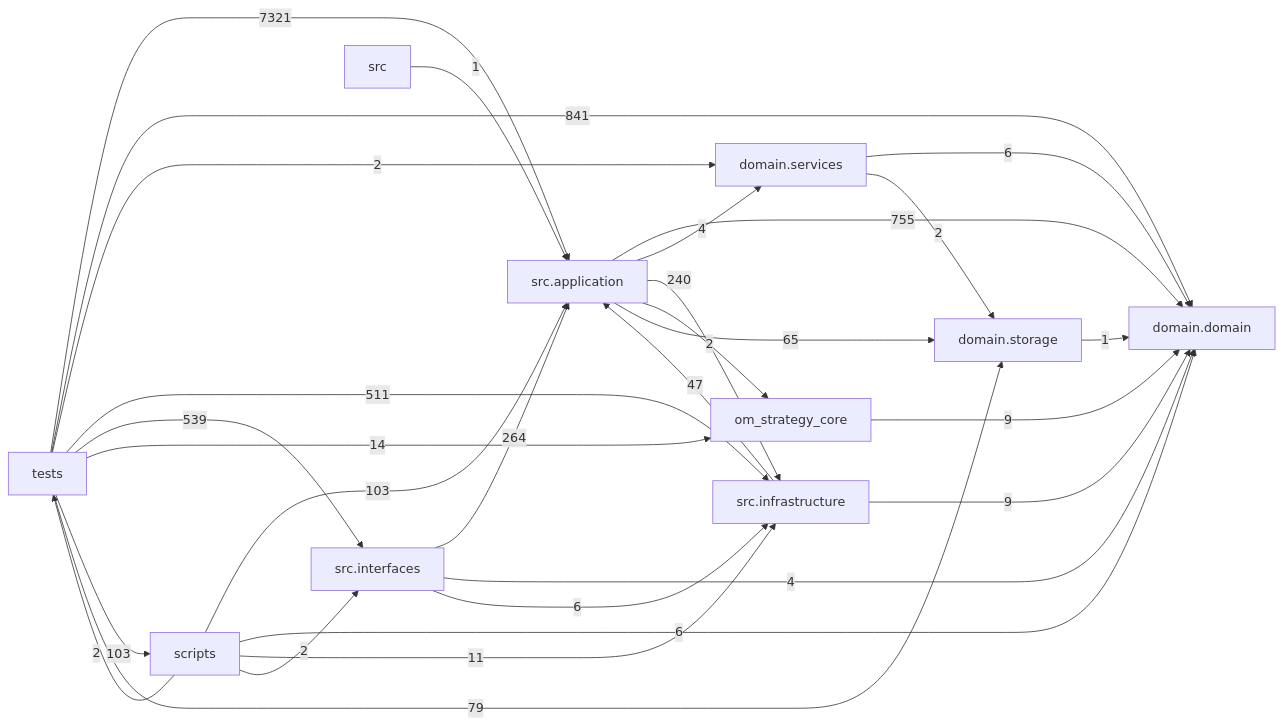
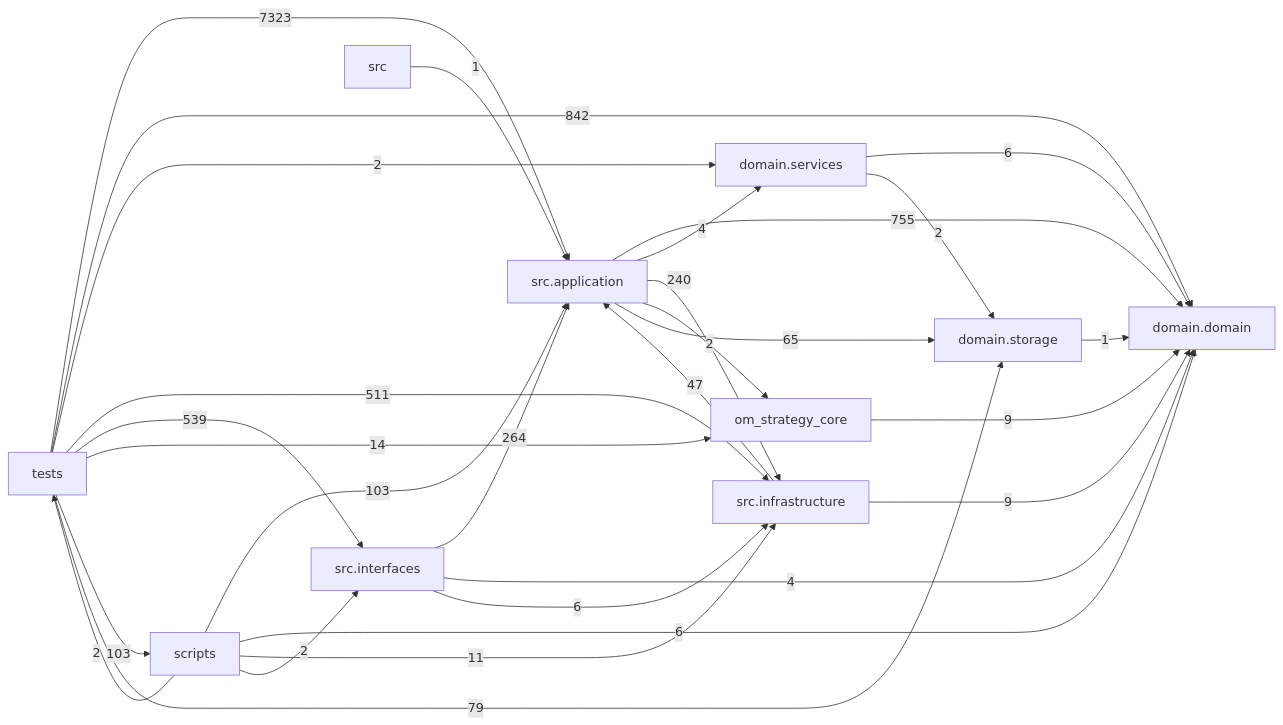
Before and after one commit to liuxie066/options-monitor: the diagram in docs/DEPENDENCY_GRAPH.md, drawn with Mermaid. The commit also changed other lines of this file and 7 other files, not shown here.

````diff
--- a/docs/DEPENDENCY_GRAPH.md
+++ b/docs/DEPENDENCY_GRAPH.md
@@ -24,39 +24,39 @@
 ```mermaid
 flowchart LR
   tests["tests"]
   scripts["scripts"]
   interfaces["src.interfaces"]
   application["src.application"]
   infrastructure["src.infrastructure"]
   domain_services["domain.services"]
   domain["domain.domain"]
   storage["domain.storage"]
   application -->|755| domain
   application -->|4| domain_services
   application -->|240| infrastructure
   application -->|2| om_strategy_core
   application -->|65| storage
   domain_services -->|6| domain
   domain_services -->|2| storage
   infrastructure -->|47| application
   infrastructure -->|9| domain
   interfaces -->|264| application
   interfaces -->|4| domain
   interfaces -->|6| infrastructure
   om_strategy_core -->|9| domain
   scripts -->|103| application
   scripts -->|6| domain
   scripts -->|11| infrastructure
   scripts -->|2| interfaces
   scripts -->|2| tests
   src -->|1| application
   storage -->|1| domain
-  tests -->|7321| application
-  tests -->|841| domain
+  tests -->|7323| application
+  tests -->|842| domain
   tests -->|2| domain_services
   tests -->|511| infrastructure
   tests -->|539| interfaces
   tests -->|14| om_strategy_core
   tests -->|103| scripts
   tests -->|79| storage
 ```
````
